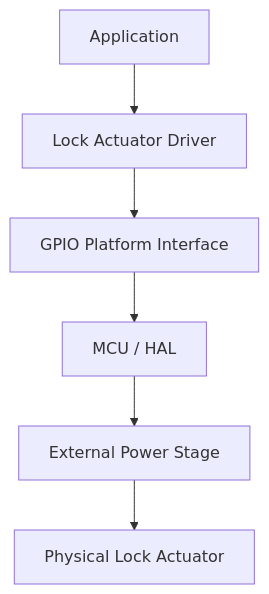
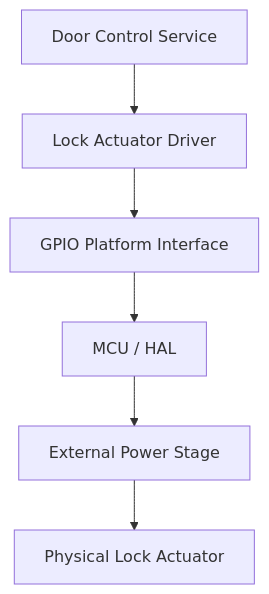
Before and after one commit to JP-REY/STM32F103C8T6-Based-Electronic-Lock: the first of 3 diagrams in Libs/Components/LockActuator/README.md, drawn with Mermaid. The commit also changed other lines of this file and 22 other files, not shown here.

First line of the commit message:
docs: update project architecture and module documentation

````diff
--- a/Libs/Components/LockActuator/README.md
+++ b/Libs/Components/LockActuator/README.md
@@ -84,16 +84,16 @@
 ```mermaid
 flowchart TD
 
-    APP["Application"]
+    APP["Door Control Service"]
     DRIVER["Lock Actuator Driver"]
     GPIO_IF["GPIO Platform Interface"]
     HAL["MCU / HAL"]
     STAGE["External Power Stage"]
     ACTUATOR["Physical Lock Actuator"]
 
     APP --> DRIVER
     DRIVER --> GPIO_IF
     GPIO_IF --> HAL
     HAL --> STAGE
     STAGE --> ACTUATOR
 ```
````
